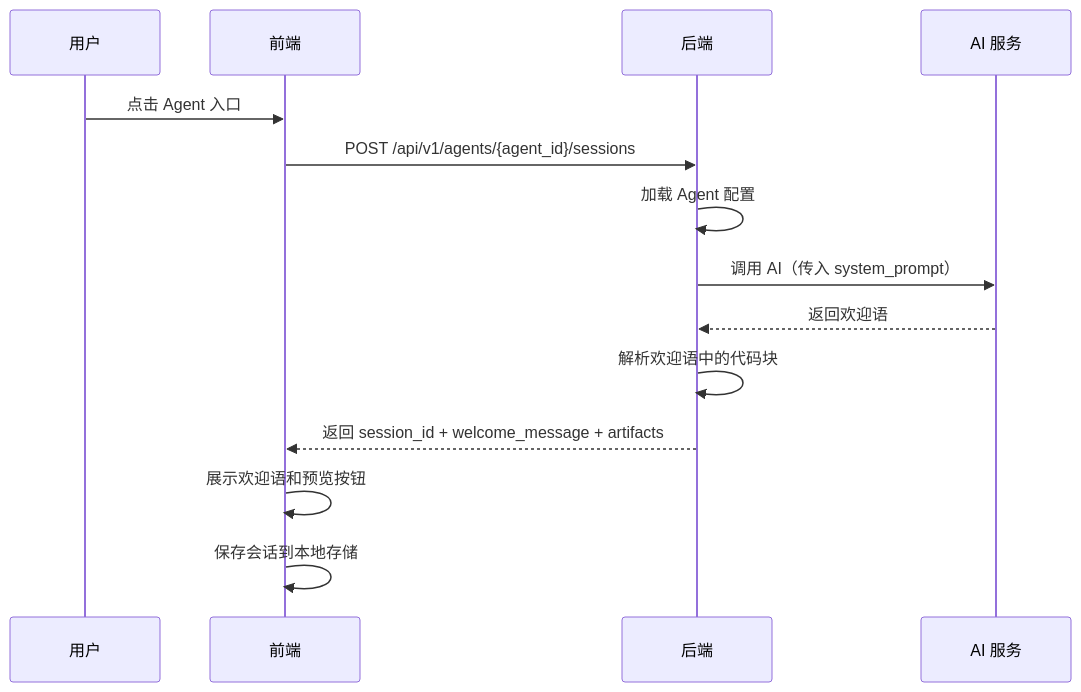
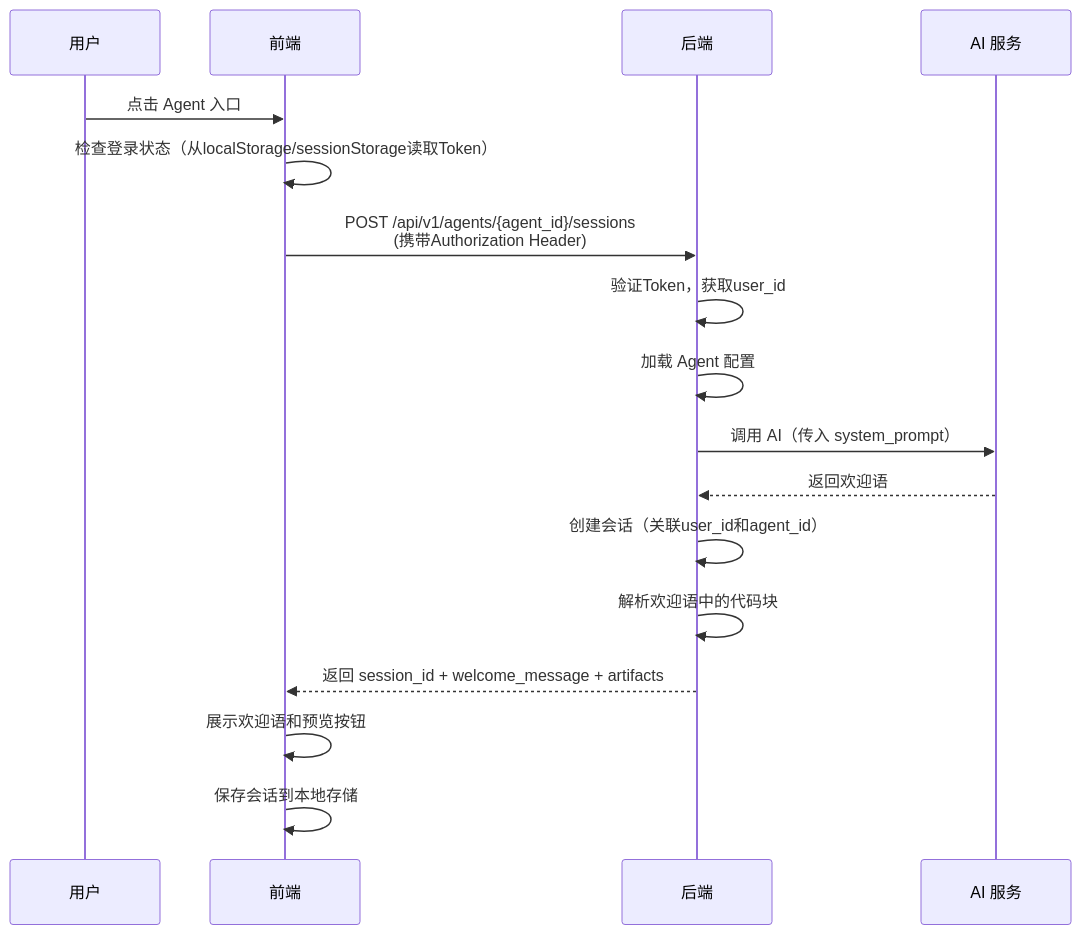
Before and after one commit to ZhangColin/ai-teacher-platform: the third of 4 diagrams in docs/design/api_interface.md, drawn with Mermaid. The commit also changed other lines of this file and 38 other files, not shown here.

````diff
--- a/docs/design/api_interface.md
+++ b/docs/design/api_interface.md
@@ -249,17 +607,20 @@
 ```mermaid
 sequenceDiagram
     participant User as 用户
     participant Frontend as 前端
     participant Backend as 后端
     participant AI as AI 服务
 
     User->>Frontend: 点击 Agent 入口
-    Frontend->>Backend: POST /api/v1/agents/{agent_id}/sessions
+    Frontend->>Frontend: 检查登录状态（从localStorage/sessionStorage读取Token）
+    Frontend->>Backend: POST /api/v1/agents/{agent_id}/sessions<br/>(携带Authorization Header)
+    Backend->>Backend: 验证Token，获取user_id
     Backend->>Backend: 加载 Agent 配置
     Backend->>AI: 调用 AI（传入 system_prompt）
     AI-->>Backend: 返回欢迎语
+    Backend->>Backend: 创建会话（关联user_id和agent_id）
     Backend->>Backend: 解析欢迎语中的代码块
     Backend-->>Frontend: 返回 session_id + welcome_message + artifacts
     Frontend->>Frontend: 展示欢迎语和预览按钮
     Frontend->>Frontend: 保存会话到本地存储
 ```
````
